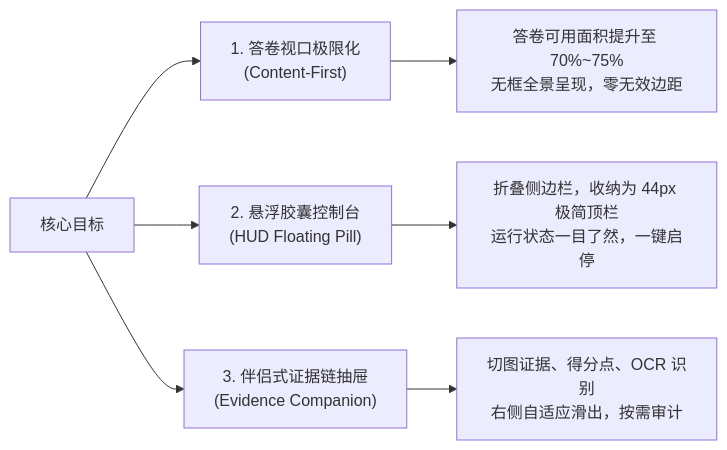
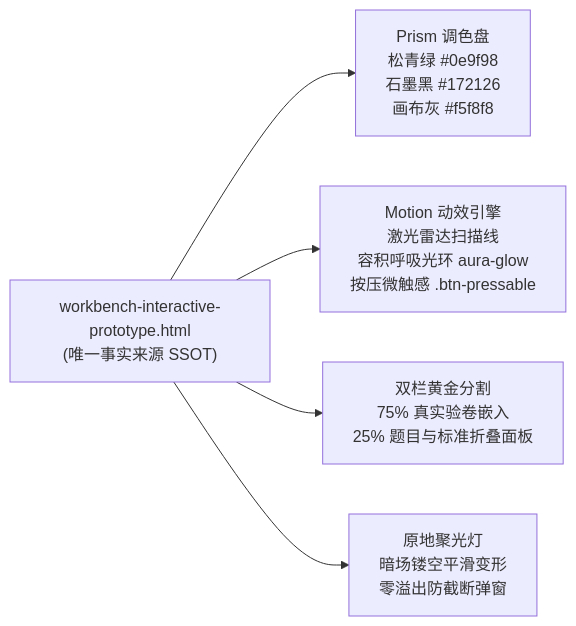
One commit to Shiratsuk1/EquiGrade changed the diagram in docs/workbench-redesign/workbench-design-spec-and-aesthetic-standards.md. Above: the diagram before and after it, drawn with Mermaid. The commit also changed other lines of this file, not shown here.

````diff
--- a/docs/workbench-redesign/workbench-design-spec-and-aesthetic-standards.md
+++ b/docs/workbench-redesign/workbench-design-spec-and-aesthetic-standards.md
@@ -45,10 +53,7 @@
 ```mermaid
 flowchart LR
-    A["核心目标"] --> B["1. 答卷视口极限化<br>(Content-First)"]
-    A --> C["2. 悬浮胶囊控制台<br>(HUD Floating Pill)"]
-    A --> D["3. 伴侣式证据链抽屉<br>(Evidence Companion)"]
-
-    B --> B1["答卷可用面积提升至 70%~75%<br>无框全景呈现，零无效边距"]
-    C --> C1["折叠侧边栏，收纳为 44px 极简顶栏<br>运行状态一目了然，一键启停"]
-    D --> D1["切图证据、得分点、OCR 识别<br>右侧自适应滑出，按需审计"]
+    Demo["workbench-interactive-prototype.html<br>(唯一事实来源 SSOT)"] --> C["Prism 调色盘<br>松青绿 #0e9f98<br>石墨黑 #172126<br>画布灰 #f5f8f8"]
+    Demo --> M["Motion 动效引擎<br>激光雷达扫描线<br>容积呼吸光环 aura-glow<br>按压微触感 .btn-pressable"]
+    Demo --> L["双栏黄金分割<br>75% 真实验卷嵌入<br>25% 题目与标准折叠面板"]
+    Demo --> S["原地聚光灯<br>暗场镂空平滑变形<br>零溢出防截断弹窗"]
 ```
````
